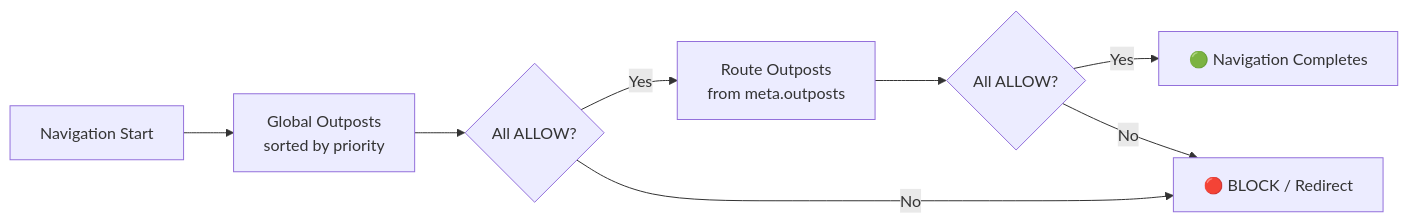
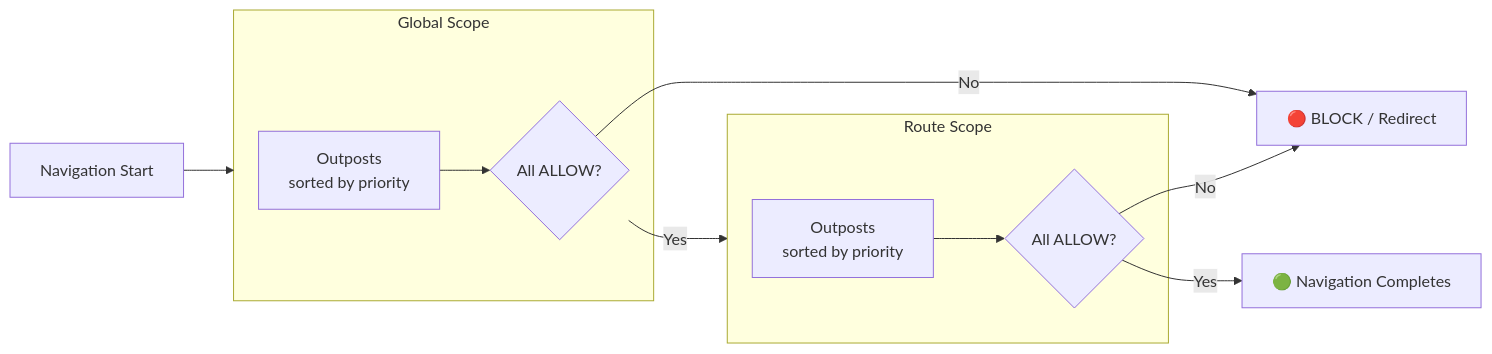
Before and after one commit to Kassaila/vue-router-citadel: the first of 2 diagrams in docs/guide/scopes.md, drawn with Mermaid. The commit also changed other lines of this file and 7 other files, not shown here.

````diff
--- a/docs/guide/scopes.md
+++ b/docs/guide/scopes.md
@@ -19,10 +34,18 @@
 ```mermaid
 flowchart LR
-    A[Navigation Start] --> B[Global Outposts<br/>sorted by priority]
-    B --> C{All ALLOW?}
-    C -->|Yes| D[Route Outposts<br/>from meta.outposts]
-    C -->|No| E[🔴 BLOCK / Redirect]
-    D --> F{All ALLOW?}
-    F -->|Yes| G[🟢 Navigation Completes]
-    F -->|No| E
+    A[Navigation Start] --> B
+
+    subgraph B[Global Scope]
+        B1[Outposts<br/>sorted by priority] --> B2{All ALLOW?}
+    end
+
+    B2 -->|Yes| D
+    B2 -->|No| E[🔴 BLOCK / Redirect]
+
+    subgraph D[Route Scope]
+        D1[Outposts<br/>sorted by priority] --> D2{All ALLOW?}
+    end
+
+    D2 -->|Yes| G[🟢 Navigation Completes]
+    D2 -->|No| E
 ```
````
